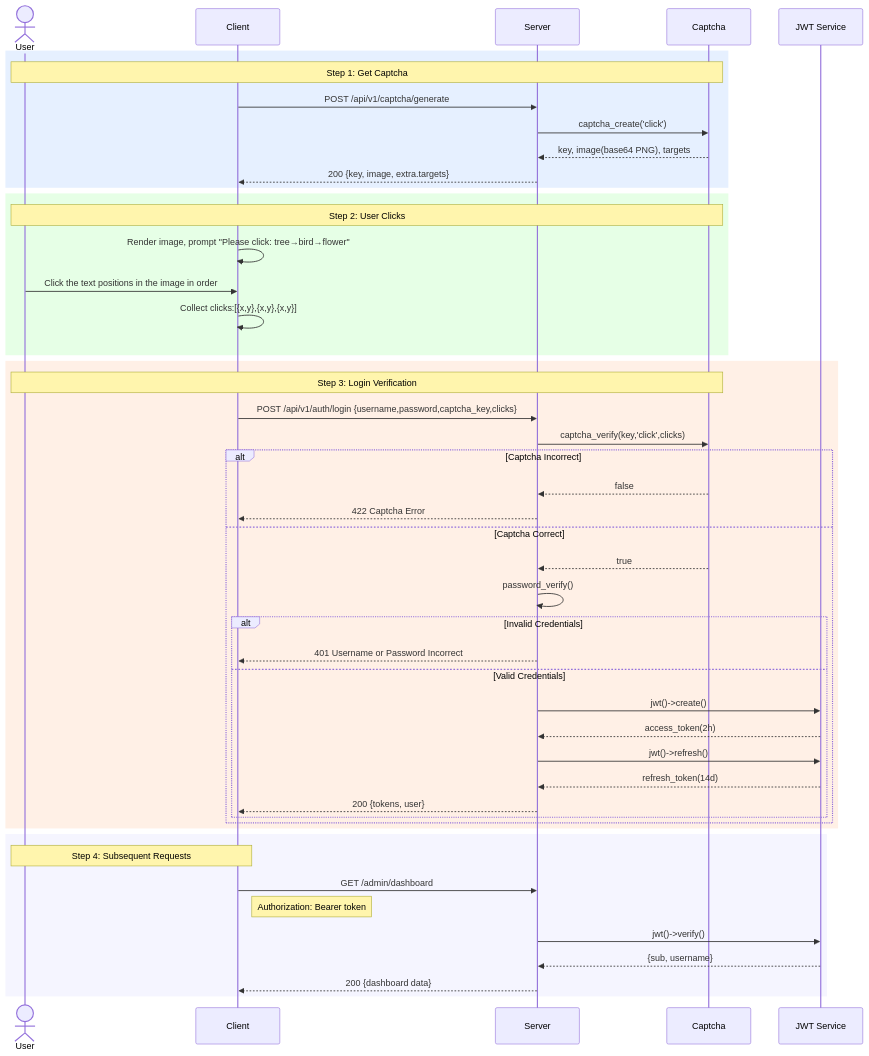
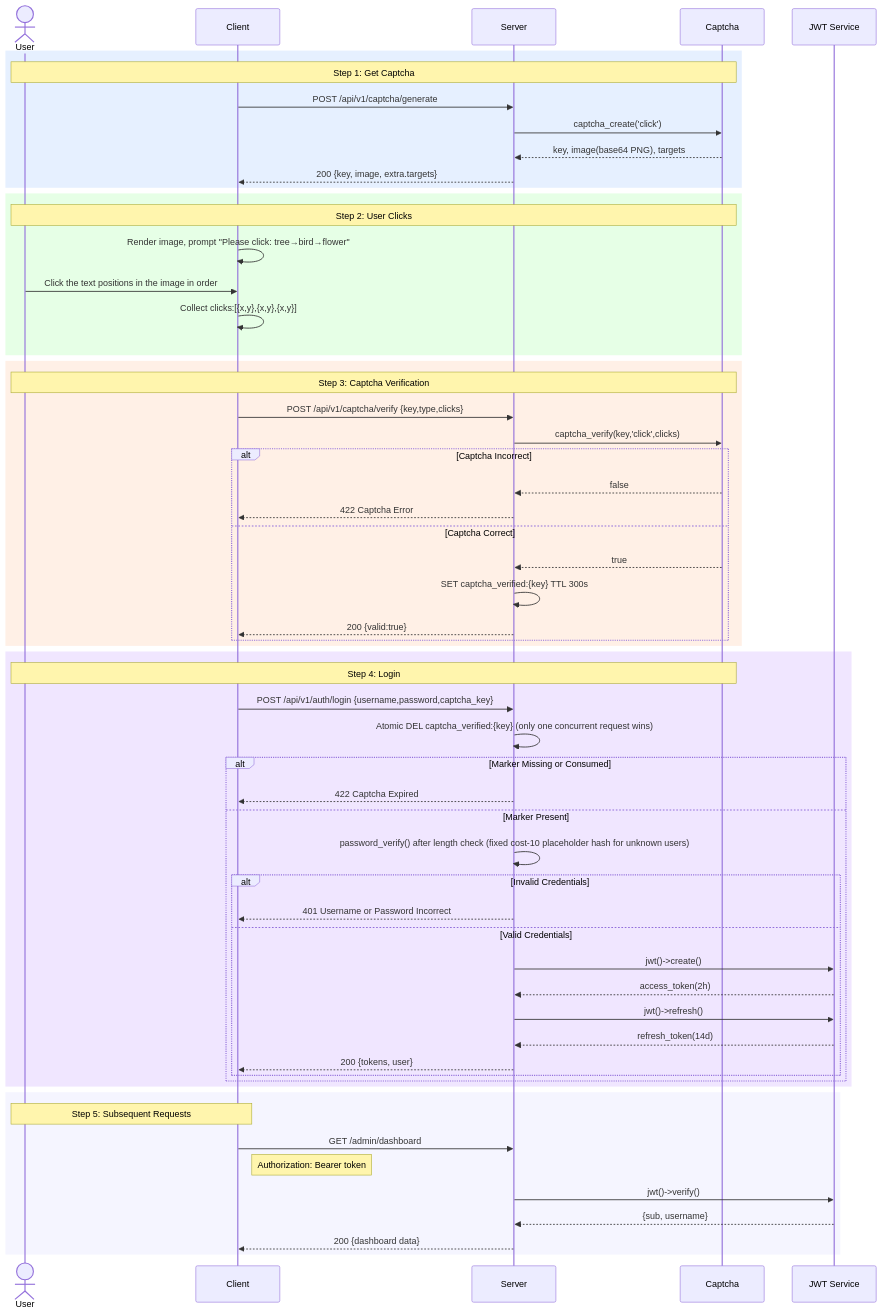
One commit to erikwang2013/open-admin changed the diagram in docs/diagrams/04-auth-captcha-flow.en.md. Above: the diagram before and after it, drawn with Mermaid. The commit also changed 62 other files, not shown here.

````diff
--- a/docs/diagrams/04-auth-captcha-flow.en.md
+++ b/docs/diagrams/04-auth-captcha-flow.en.md
@@ -7,55 +7,67 @@
 ```mermaid
 sequenceDiagram
     actor U as User
     participant CL as Client
     participant SV as Server
     participant CAP as Captcha
     participant JWT as JWT Service
 
     rect rgb(230, 240, 255)
     Note over U,CAP: Step 1: Get Captcha
     CL->>SV: POST /api/v1/captcha/generate
     SV->>CAP: captcha_create('click')
     CAP-->>SV: key, image(base64 PNG), targets
     SV-->>CL: 200 {key, image, extra.targets}
     end
 
     rect rgb(230, 255, 230)
     Note over U,CAP: Step 2: User Clicks
     CL->>CL: Render image, prompt "Please click: tree→bird→flower"
     U->>CL: Click the text positions in the image in order
     CL->>CL: Collect clicks:[{x,y},{x,y},{x,y}]
     end
 
     rect rgb(255, 240, 230)
-    Note over U,CAP: Step 3: Login Verification
-    CL->>SV: POST /api/v1/auth/login {username,password,captcha_key,clicks}
+    Note over U,CAP: Step 3: Captcha Verification
+    CL->>SV: POST /api/v1/captcha/verify {key,type,clicks}
     SV->>CAP: captcha_verify(key,'click',clicks)
 
     alt Captcha Incorrect
         CAP-->>SV: false
         SV-->>CL: 422 Captcha Error
     else Captcha Correct
         CAP-->>SV: true
-        SV->>SV: password_verify()
+        SV->>SV: SET captcha_verified:{key} TTL 300s
+        SV-->>CL: 200 {valid:true}
+    end
+    end
+
+    rect rgb(240, 230, 255)
+    Note over U,CAP: Step 4: Login
+    CL->>SV: POST /api/v1/auth/login {username,password,captcha_key}
+    SV->>SV: Atomic DEL captcha_verified:{key} (only one concurrent request wins)
+    alt Marker Missing or Consumed
+        SV-->>CL: 422 Captcha Expired
+    else Marker Present
+        SV->>SV: password_verify() after length check (fixed cost-10 placeholder hash for unknown users)
         alt Invalid Credentials
             SV-->>CL: 401 Username or Password Incorrect
         else Valid Credentials
             SV->>JWT: jwt()->create()
             JWT-->>SV: access_token(2h)
             SV->>JWT: jwt()->refresh()
             JWT-->>SV: refresh_token(14d)
             SV-->>CL: 200 {tokens, user}
         end
     end
     end
 
     rect rgb(245, 245, 255)
-    Note over U,CL: Step 4: Subsequent Requests
+    Note over U,CL: Step 5: Subsequent Requests
     CL->>SV: GET /admin/dashboard
     Note right of CL: Authorization: Bearer token
     SV->>JWT: jwt()->verify()
     JWT-->>SV: {sub, username}
     SV-->>CL: 200 {dashboard data}
     end
 ```
````
